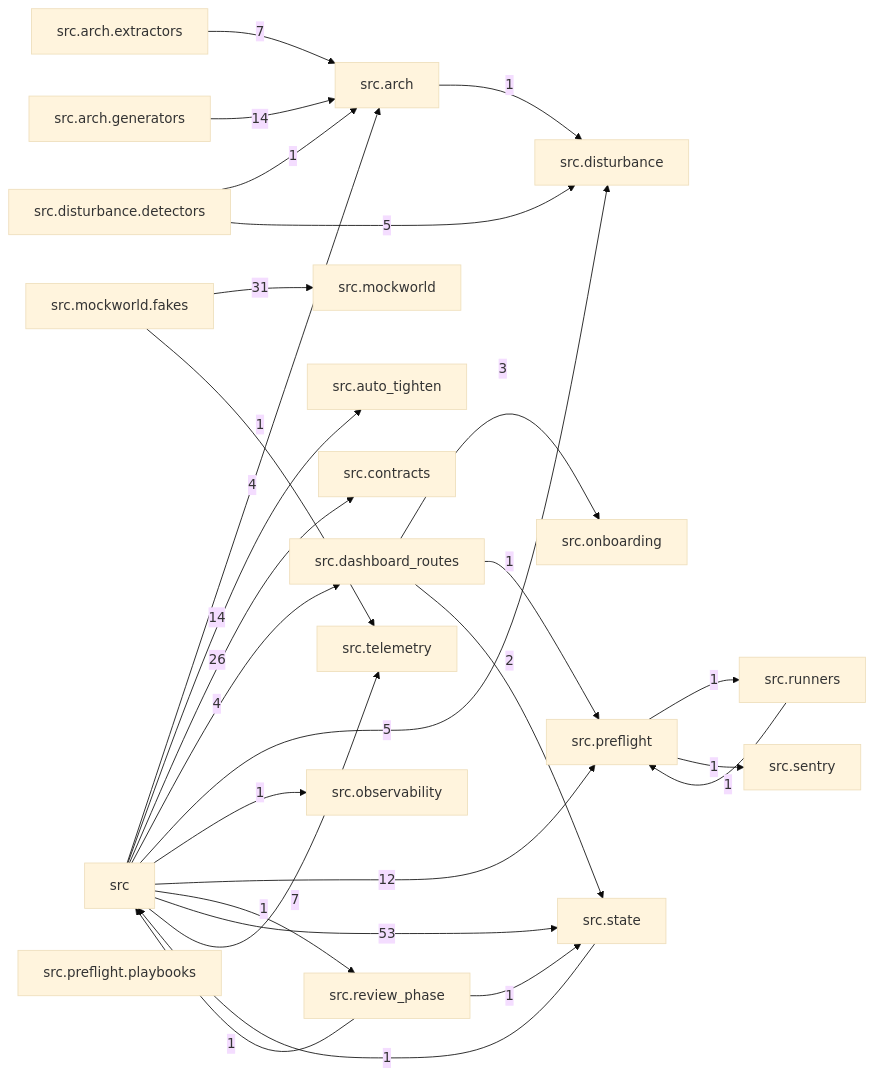
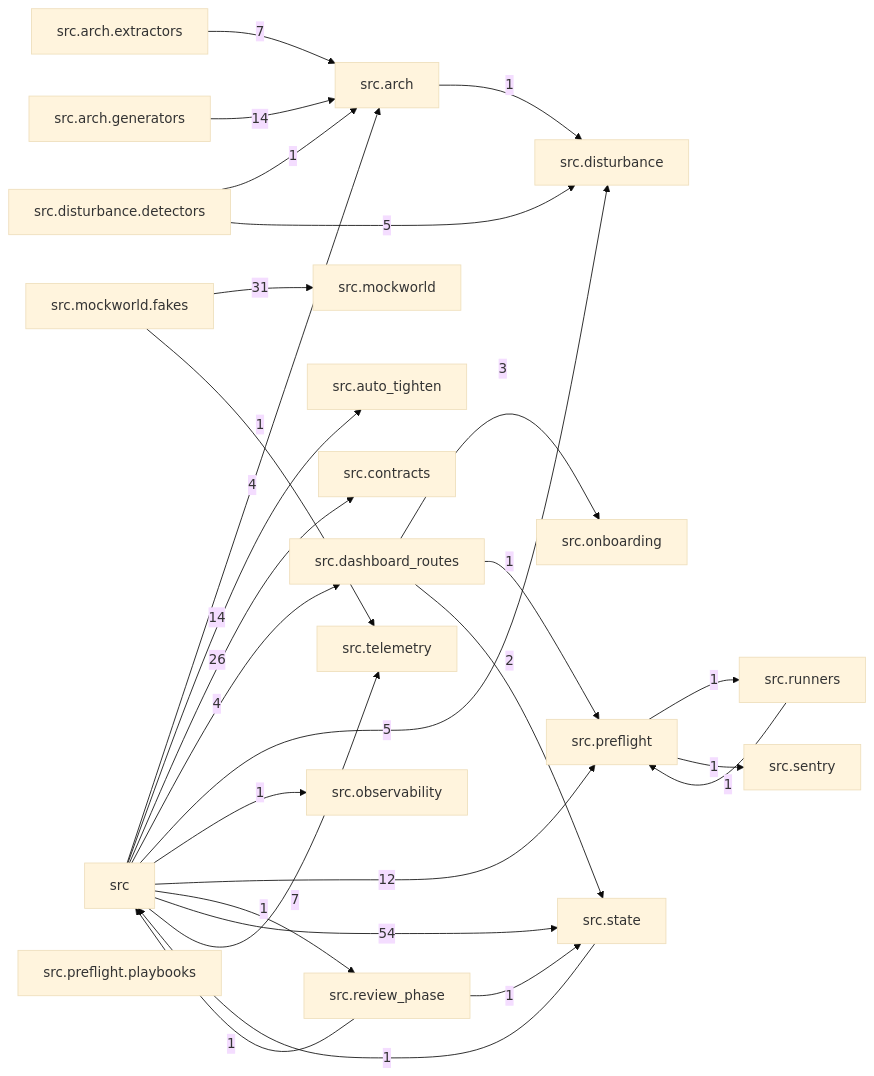
One commit to T-rav/hydraflow changed the diagram in docs/arch/generated/modules.md. Above: the diagram before and after it, drawn with Mermaid (base theme). The commit also changed 5 other files, not shown here.

````diff
--- a/docs/arch/generated/modules.md
+++ b/docs/arch/generated/modules.md
@@ -7,49 +7,49 @@
 ```mermaid
 graph LR
     src["src"]
     src_arch["src.arch"]
     src_arch_extractors["src.arch.extractors"]
     src_arch_generators["src.arch.generators"]
     src_auto_tighten["src.auto_tighten"]
     src_contracts["src.contracts"]
     src_dashboard_routes["src.dashboard_routes"]
     src_disturbance["src.disturbance"]
     src_disturbance_detectors["src.disturbance.detectors"]
     src_mockworld["src.mockworld"]
     src_mockworld_fakes["src.mockworld.fakes"]
     src_observability["src.observability"]
     src_onboarding["src.onboarding"]
     src_preflight["src.preflight"]
     src_preflight_playbooks["src.preflight.playbooks"]
     src_review_phase["src.review_phase"]
     src_runners["src.runners"]
     src_sentry["src.sentry"]
     src_state["src.state"]
     src_telemetry["src.telemetry"]
     src -- "4" --> src_arch
     src -- "14" --> src_auto_tighten
     src -- "26" --> src_contracts
     src -- "4" --> src_dashboard_routes
     src -- "5" --> src_disturbance
     src -- "1" --> src_observability
     src -- "12" --> src_preflight
     src -- "1" --> src_review_phase
-    src -- "53" --> src_state
+    src -- "54" --> src_state
     src -- "7" --> src_telemetry
     src_arch -- "1" --> src_disturbance
     src_arch_extractors -- "7" --> src_arch
     src_arch_generators -- "14" --> src_arch
     src_dashboard_routes -- "3" --> src_onboarding
     src_dashboard_routes -- "1" --> src_preflight
     src_dashboard_routes -- "2" --> src_state
     src_disturbance_detectors -- "1" --> src_arch
     src_disturbance_detectors -- "5" --> src_disturbance
     src_mockworld_fakes -- "31" --> src_mockworld
     src_mockworld_fakes -- "1" --> src_telemetry
     src_preflight -- "1" --> src_runners
     src_preflight -- "1" --> src_sentry
     src_review_phase -- "1" --> src
     src_review_phase -- "1" --> src_state
     src_runners -- "1" --> src_preflight
     src_state -- "1" --> src
 ```
````
